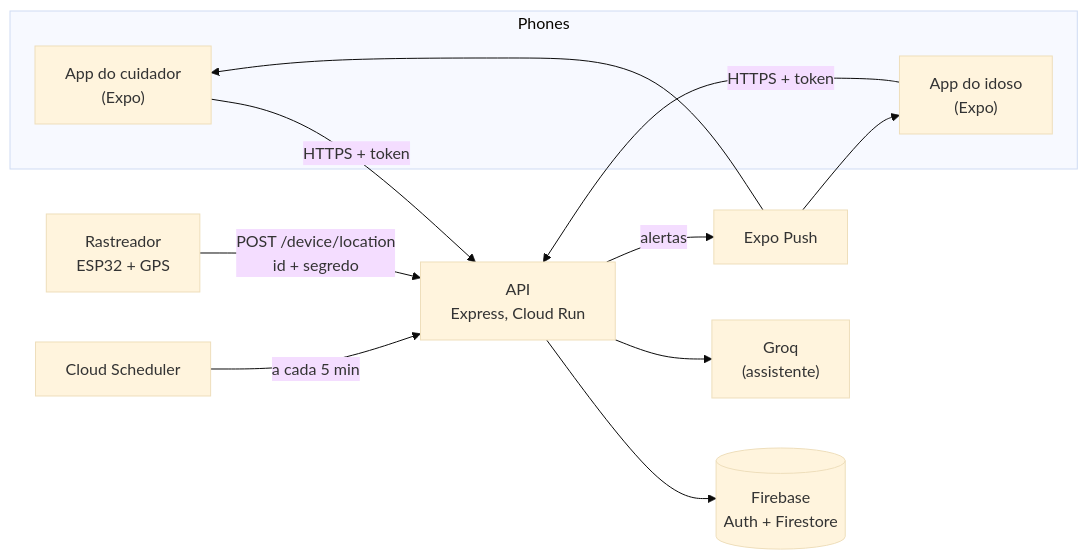
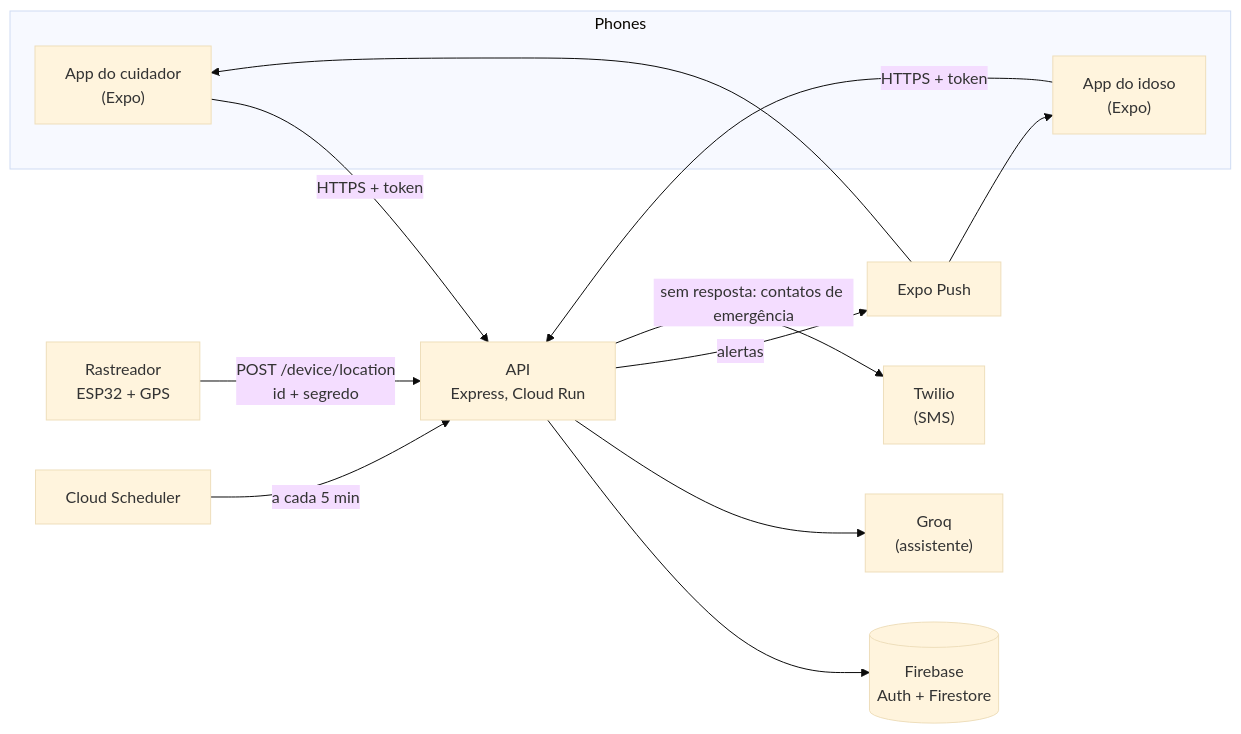
One commit to ThiagoLMattos/aurelia-tcc changed the diagram in README.md. Above: the diagram before and after it, drawn with Mermaid (base theme). The commit also changed other lines of this file and 43 other files, not shown here.

````diff
--- a/README.md
+++ b/README.md
@@ -25,23 +25,25 @@
 ```mermaid
 flowchart LR
   subgraph Phones
     C["App do cuidador<br/>(Expo)"]
     E["App do idoso<br/>(Expo)"]
   end
   T["Rastreador<br/>ESP32 + GPS"]
   API["API<br/>Express, Cloud Run"]
   FB[("Firebase<br/>Auth + Firestore")]
   LLM["Groq<br/>(assistente)"]
   PUSH["Expo Push"]
+  SMS["Twilio<br/>(SMS)"]
   SCH["Cloud Scheduler"]
 
   C -- "HTTPS + token" --> API
   E -- "HTTPS + token" --> API
   T -- "POST /device/location<br/>id + segredo" --> API
   API --> FB
   API --> LLM
   API -- "alertas" --> PUSH
   PUSH --> C
   PUSH --> E
+  API -- "sem resposta: contatos de emergência" --> SMS
   SCH -- "a cada 5 min" --> API
 ```
````
